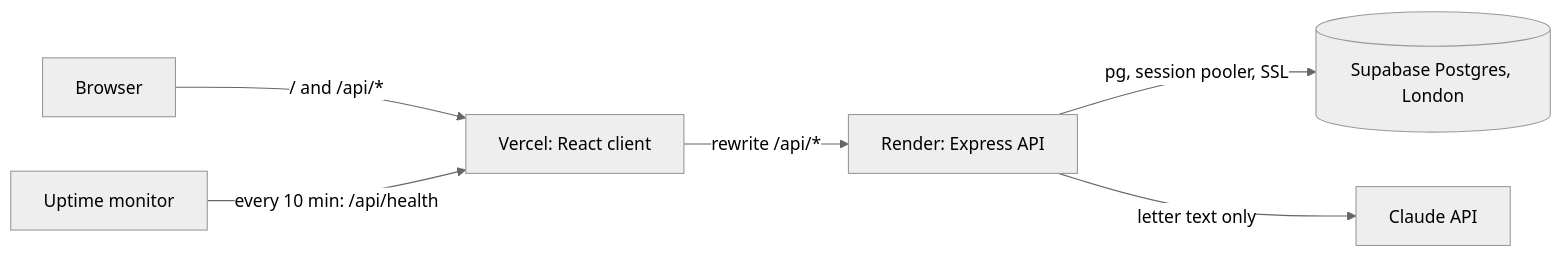
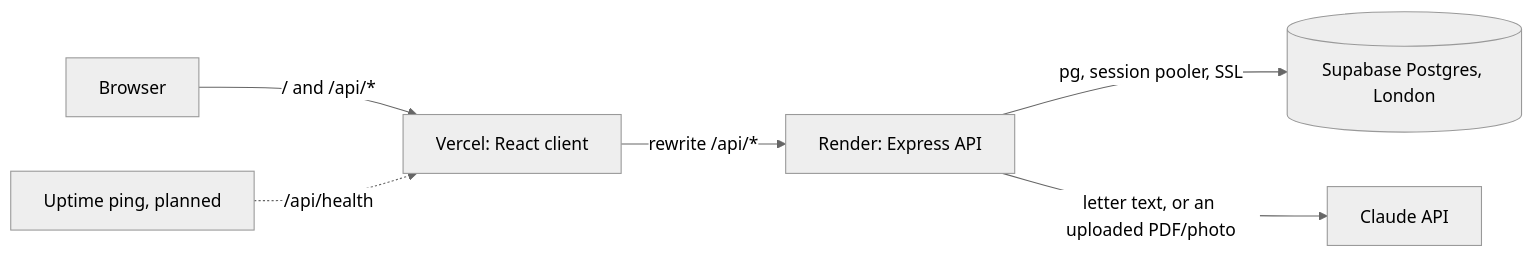
The first of 2 diagrams in docs/architecture.md (21walel-DATA/dischargeiq), drawn with Mermaid (neutral theme) before and after one commit. The commit also changed other lines of this file, not shown here.

Commit message:
docs: architecture v1.0 matches the finished app (upload, acknowledgements table, routes, logging, open items)

````diff
--- a/docs/architecture.md
+++ b/docs/architecture.md
@@ -31,8 +31,8 @@
 ```mermaid
 flowchart LR
   B[Browser] -->|"/ and /api/*"| V[Vercel: React client]
   V -->|"rewrite /api/*"| R[Render: Express API]
   R -->|"pg, session pooler, SSL"| S[(Supabase Postgres, London)]
-  R -->|"letter text only"| C[Claude API]
-  U[Uptime monitor] -->|"every 10 min: /api/health"| V
+  R -->|"letter text, or an uploaded PDF/photo"| C[Claude API]
+  U[Uptime ping, planned] -.->|"/api/health"| V
 ```
````
